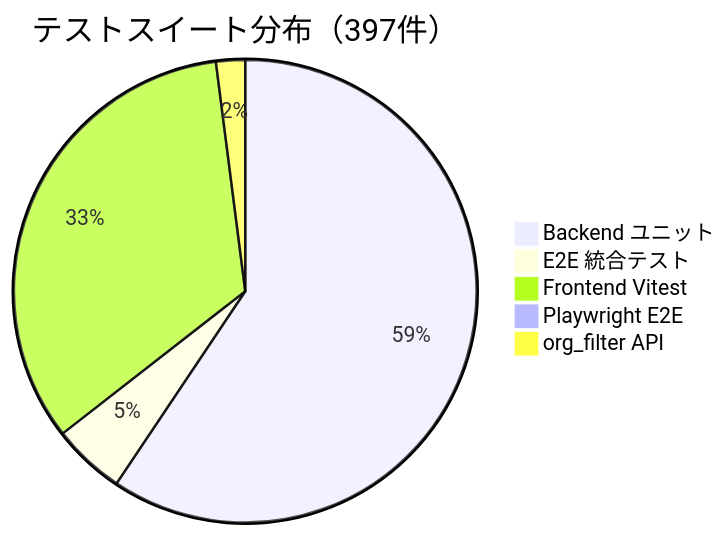
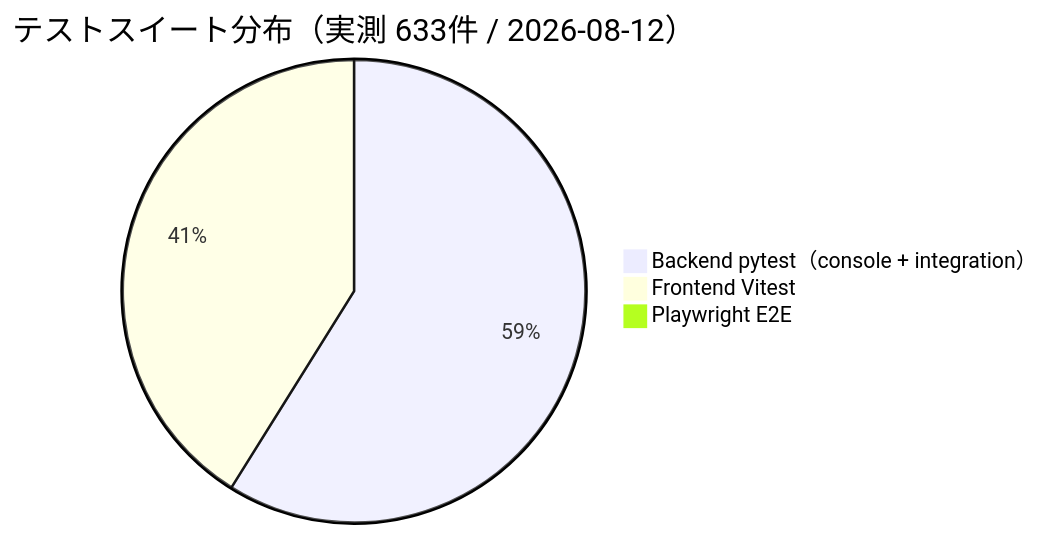
Before and after one commit to Kensan196948G/CivilPDF-DX: the tenth of 11 diagrams in docs/tech-stack.md, drawn with Mermaid. The commit also changed other lines of this file and 20 other files, not shown here.

````diff
--- a/docs/tech-stack.md
+++ b/docs/tech-stack.md
@@ -446,8 +463,6 @@
 ```mermaid
-pie title テストスイート分布（397件）
-    "Backend ユニット" : 234
-    "E2E 統合テスト" : 20
-    "Frontend Vitest" : 132
+pie title テストスイート分布（実測 633件 / 2026-08-12）
+    "Backend pytest（console + integration）" : 371
+    "Frontend Vitest" : 259
     "Playwright E2E" : 3
-    "org_filter API" : 8
 ```
````
